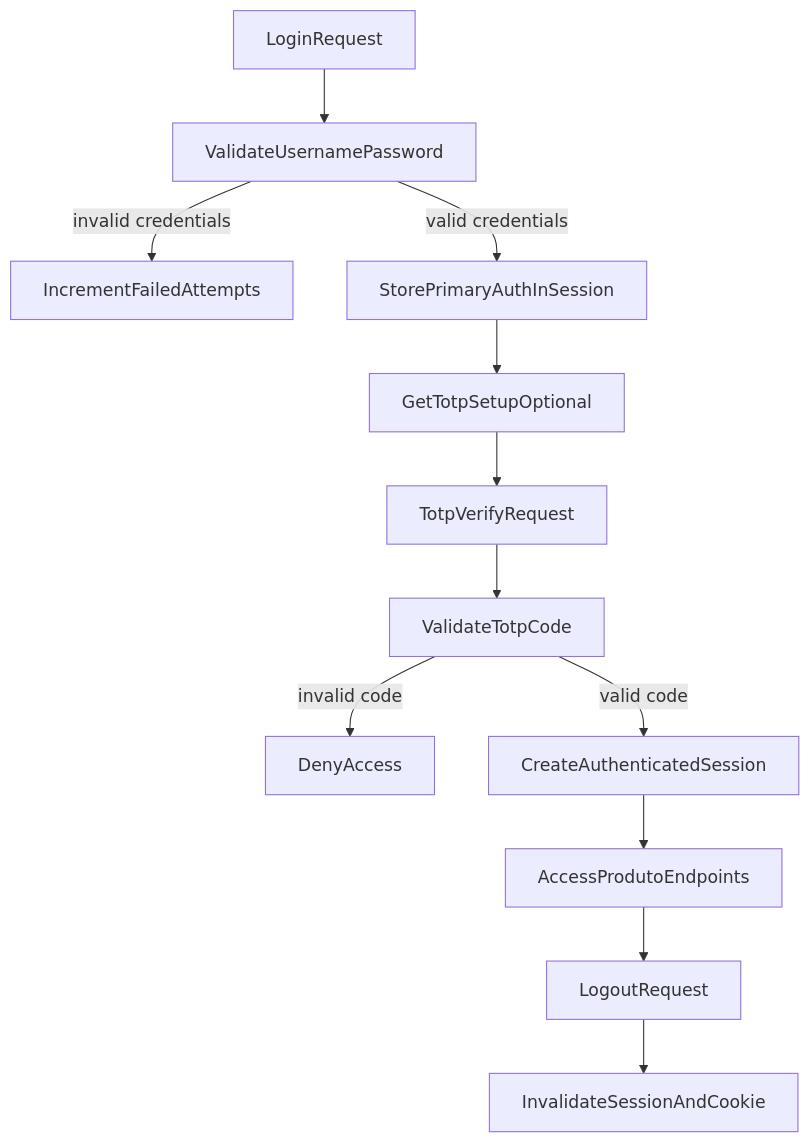
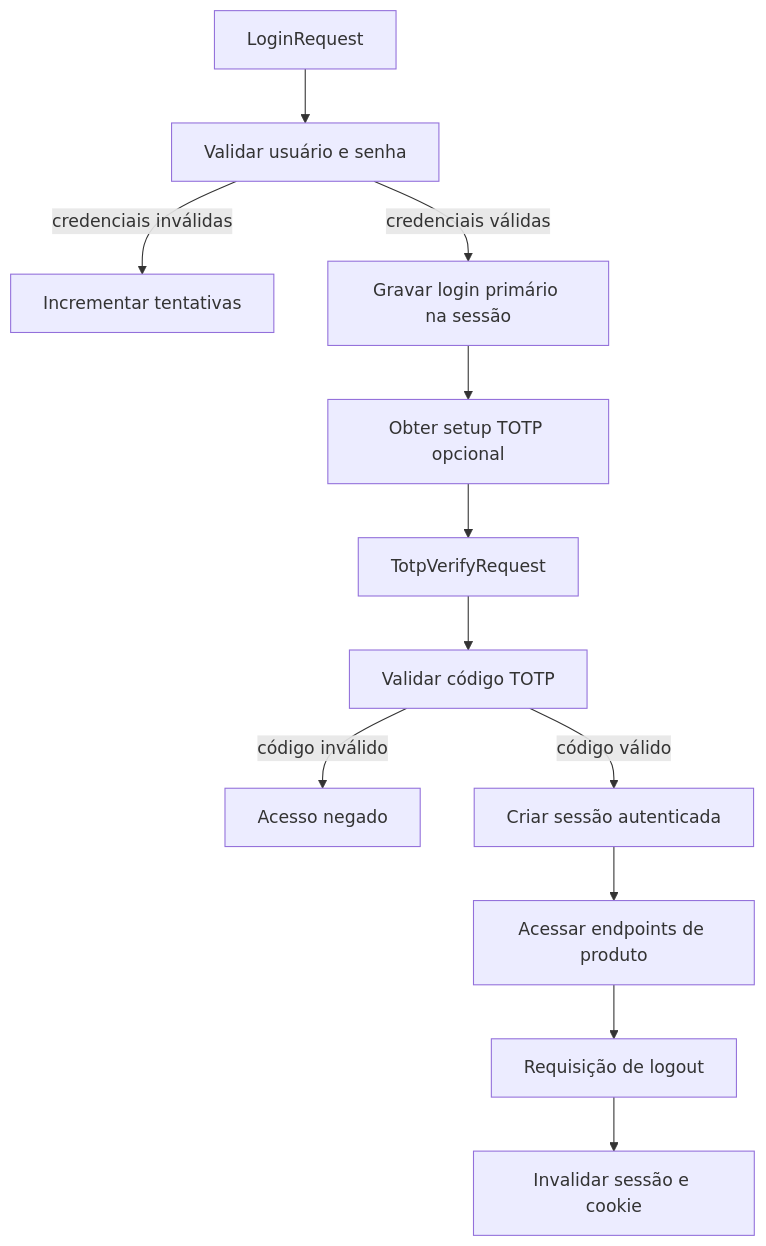
The diagram in docs/security-auth-flow.md (VictorHCSampaio/crud-springboot), drawn with Mermaid before and after one commit. The commit also changed other lines of this file and 6 other files, not shown here.

````diff
--- a/docs/security-auth-flow.md
+++ b/docs/security-auth-flow.md
@@ -26,14 +26,14 @@
 ```mermaid
 flowchart TD
-    loginReq[LoginRequest] --> primaryCheck[ValidateUsernamePassword]
-    primaryCheck -->|"invalid credentials"| failedTry[IncrementFailedAttempts]
-    primaryCheck -->|"valid credentials"| primaryOk[StorePrimaryAuthInSession]
-    primaryOk --> setup[GetTotpSetupOptional]
+    loginReq[LoginRequest] --> primaryCheck[Validar usuário e senha]
+    primaryCheck -->|"credenciais inválidas"| failedTry[Incrementar tentativas]
+    primaryCheck -->|"credenciais válidas"| primaryOk[Gravar login primário na sessão]
+    primaryOk --> setup[Obter setup TOTP opcional]
     setup --> verifyReq[TotpVerifyRequest]
-    verifyReq --> totpCheck[ValidateTotpCode]
-    totpCheck -->|"invalid code"| deny[DenyAccess]
-    totpCheck -->|"valid code"| authSession[CreateAuthenticatedSession]
-    authSession --> produtoApi[AccessProdutoEndpoints]
-    produtoApi --> logoutReq[LogoutRequest]
-    logoutReq --> invalidate[InvalidateSessionAndCookie]
+    verifyReq --> totpCheck[Validar código TOTP]
+    totpCheck -->|"código inválido"| deny[Acesso negado]
+    totpCheck -->|"código válido"| authSession[Criar sessão autenticada]
+    authSession --> produtoApi[Acessar endpoints de produto]
+    produtoApi --> logoutReq[Requisição de logout]
+    logoutReq --> invalidate[Invalidar sessão e cookie]
 ```
````
